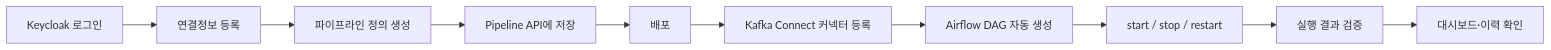
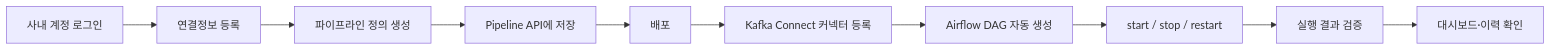
One commit to jshyun1/data-pipeline changed the fourth of 4 diagrams in docs/project-demo-guide.md. Above: the diagram before and after it, drawn with Mermaid. The commit also changed other lines of this file and 1 other file, not shown here.

First line of the commit message:
Update POC deck and demo guide to the current auth architecture

````diff
--- a/docs/project-demo-guide.md
+++ b/docs/project-demo-guide.md
@@ -171,12 +170,12 @@
 ```mermaid
 flowchart LR
-    A[Keycloak 로그인] --> B[연결정보 등록]
+    A[사내 계정 로그인] --> B[연결정보 등록]
     B --> C[파이프라인 정의 생성]
     C --> D[Pipeline API에 저장]
     D --> E[배포]
     E --> F[Kafka Connect 커넥터 등록]
     F --> G[Airflow DAG 자동 생성]
     G --> H[start / stop / restart]
     H --> I[실행 결과 검증]
     I --> J[대시보드·이력 확인]
 ```
````
